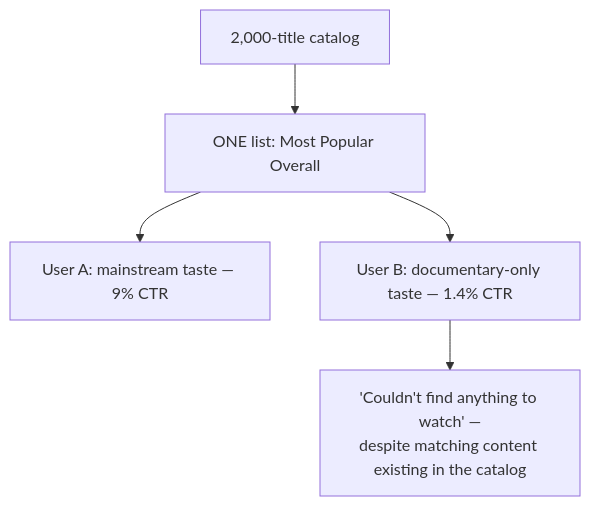
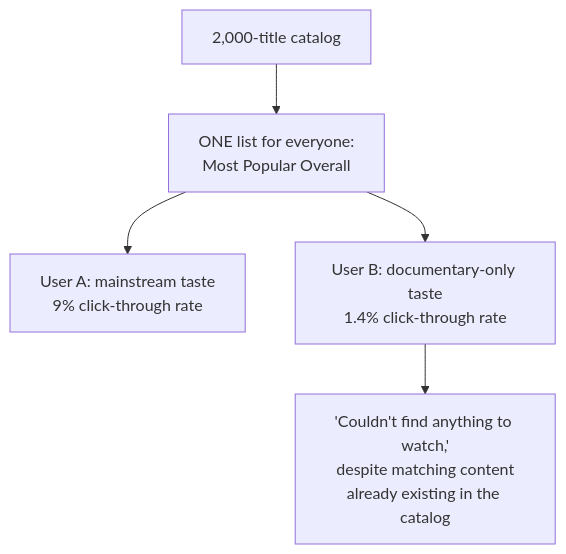
One commit to riyaz-pasha/Learnings changed the first of 15 diagrams in system-design/HLD/0-course/59-Design-a-Recommendation-Engine-Netflix-YouTube-FAANG-Guide-story.md. Above: the diagram before and after it, drawn with Mermaid. The commit also changed other lines of this file and 1 other file, not shown here.

Commit message:
[REWRITE] Recommendation Engine story guide: simplify prose, add structure, fix diagrams

````diff
--- a/system-design/HLD/0-course/59-Design-a-Recommendation-Engine-Netflix-YouTube-FAANG-Guide-story.md
+++ b/system-design/HLD/0-course/59-Design-a-Recommendation-Engine-Netflix-YouTube-FAANG-Guide-story.md
@@ -15,7 +63,7 @@
 ```mermaid
 flowchart TD
-    Catalog["2,000-title catalog"] --> List["ONE list: Most Popular Overall"]
-    List --> UserA["User A: mainstream taste — 9% CTR"]
-    List --> UserB["User B: documentary-only taste — 1.4% CTR"]
-    UserB --> Frustration["'Couldn't find anything to watch' —\ndespite matching content existing in the catalog"]
+    Catalog["2,000-title catalog"] --> List["ONE list for everyone:<br/>Most Popular Overall"]
+    List --> UserA["User A: mainstream taste<br/>9% click-through rate"]
+    List --> UserB["User B: documentary-only taste<br/>1.4% click-through rate"]
+    UserB --> Frustration["'Couldn't find anything to watch,'<br/>despite matching content<br/>already existing in the catalog"]
 ```
````
